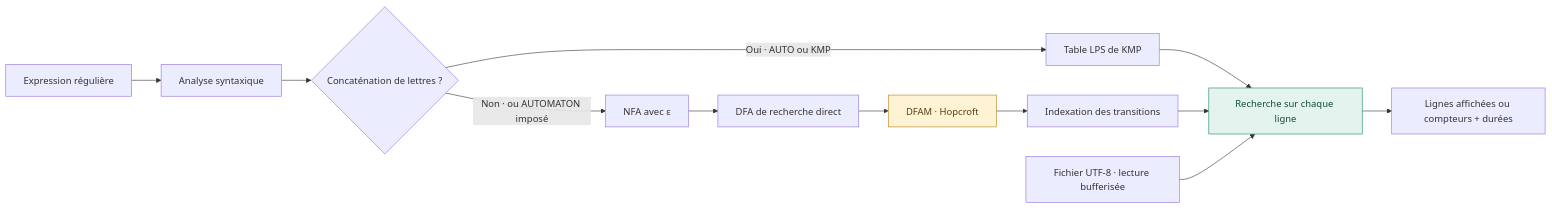
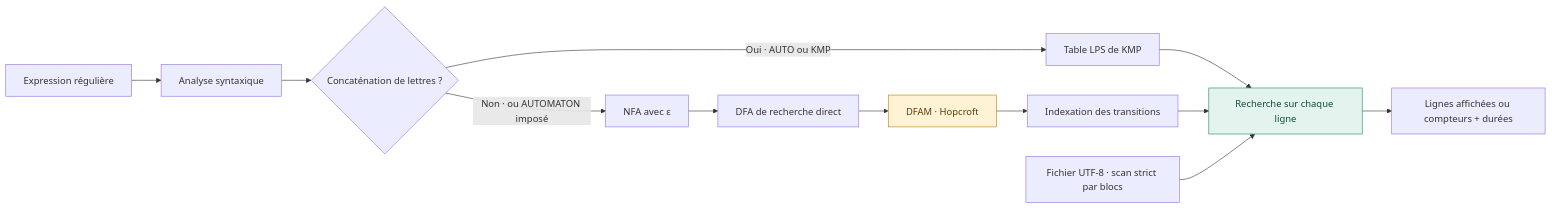
Before and after one commit to YahyaMudallal/regex-search: the diagram in README.md, drawn with Mermaid. The commit also changed other lines of this file and 17 other files, not shown here.

````diff
--- a/README.md
+++ b/README.md
@@ -102,16 +102,16 @@
 ```mermaid
 flowchart LR
     R["Expression régulière"] --> P["Analyse syntaxique"]
     P --> C{"Concaténation de lettres ?"}
     C -->|"Oui · AUTO ou KMP"| K["Table LPS de KMP"]
     C -->|"Non · ou AUTOMATON imposé"| N["NFA avec ε"]
     N --> D["DFA de recherche direct"]
     D --> M["DFAM · Hopcroft"]
     M --> S["Indexation des transitions"]
     K --> L["Recherche sur chaque ligne"]
     S --> L
-    F["Fichier UTF-8 · lecture bufferisée"] --> L
+    F["Fichier UTF-8 · scan strict par blocs"] --> L
     L --> O["Lignes affichées ou compteurs + durées"]
     style M fill:#fff3d6,stroke:#ba7b13,color:#5b3c0a
     style L fill:#e3f4ef,stroke:#16866b,color:#124a3b
 ```
````
